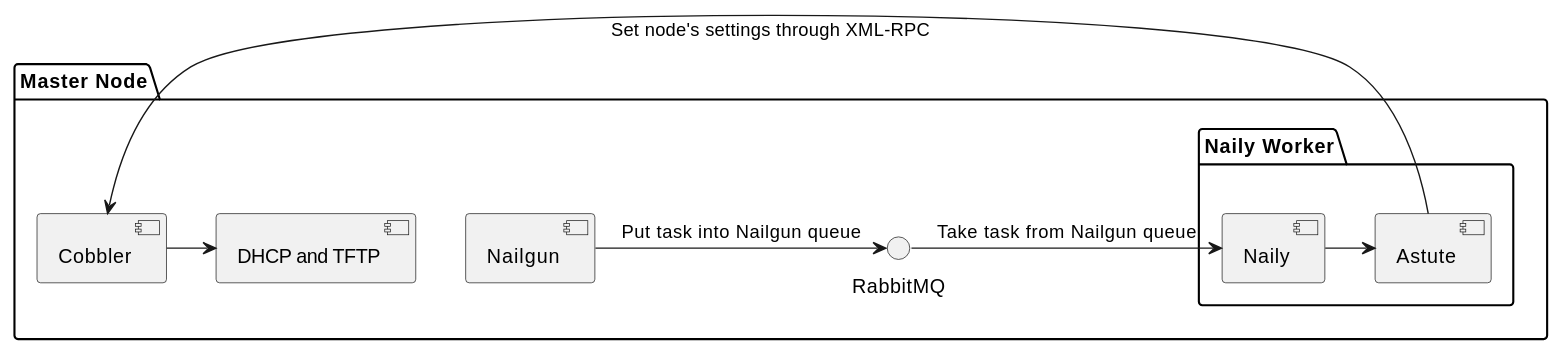
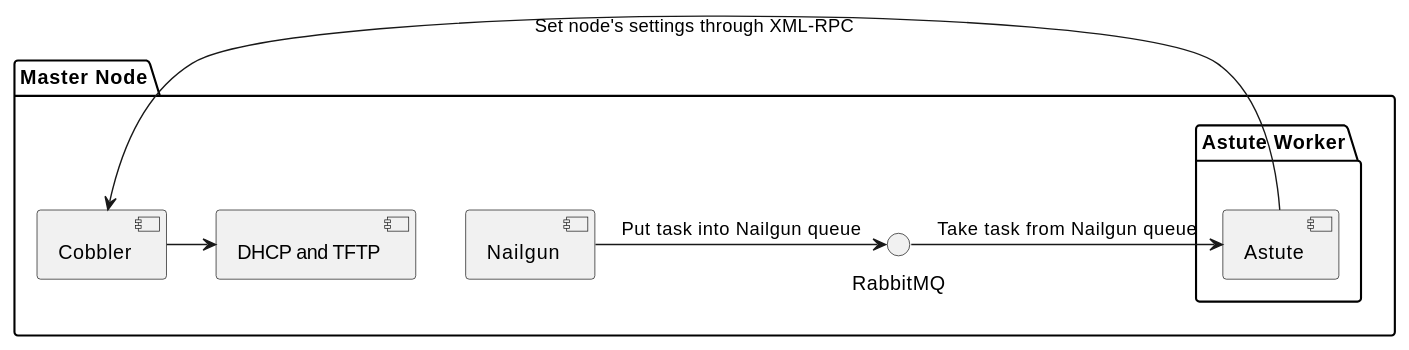
Before and after one commit to openstack-archive/fuel-web: the second of 3 diagrams in docs/develop/architecture.rst, drawn with PlantUML. The commit also changed other lines of this file and 20 other files, not shown here.

First line of the commit message:
Move Naily to Astute

```diff
--- a/docs/develop/architecture.rst
+++ b/docs/develop/architecture.rst
@@ -57,19 +57,17 @@
 .. uml::
     package "Master Node" {
       component "Nailgun"
       interface "RabbitMQ"
 
-      package "Naily Worker" {
-        component Naily
+      package "Astute Worker" {
         component Astute
       }
 
       component "Cobbler"
       component "DHCP and TFTP"
     }
 
     [Nailgun] -> [RabbitMQ] : Put task into Nailgun queue
-    [Naily] <- [RabbitMQ] : Take task from Nailgun queue
-    [Naily] -> [Astute]
+    [Astute] <- [RabbitMQ] : Take task from Nailgun queue
     [Astute] -> [Cobbler] : Set node's settings through XML-RPC
     [Cobbler] -> [DHCP and TFTP]
```
